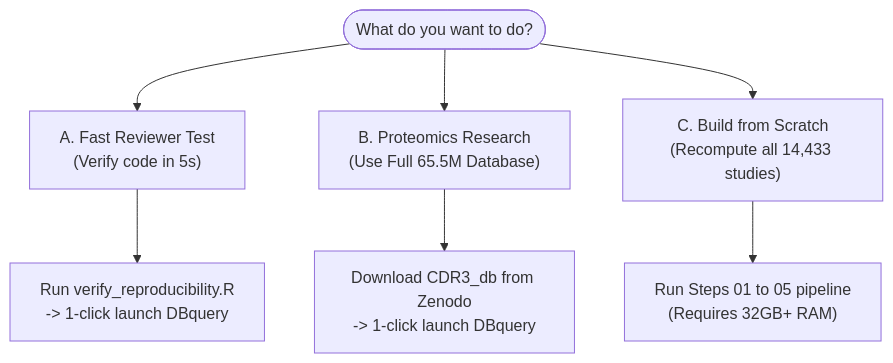
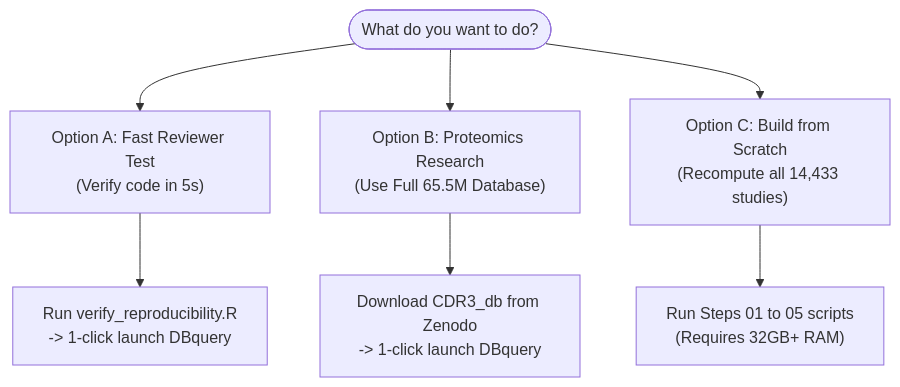
One commit to trinhxt/SDU_Immunoinformatics changed the second of 2 diagrams in Readme.md. Above: the diagram before and after it, drawn with Mermaid. The commit also changed other lines of this file, not shown here.

Commit message:
Simplify README: focus on build and usage, streamline sections per researcher review

````diff
--- a/Readme.md
+++ b/Readme.md
@@ -37,10 +29,10 @@
 ```mermaid
 graph TD
-    Start([What do you want to do?]) --> ChoiceA["A. Fast Reviewer Test<br/>(Verify code in 5s)"]
-    Start --> ChoiceB["B. Proteomics Research<br/>(Use Full 65.5M Database)"]
-    Start --> ChoiceC["C. Build from Scratch<br/>(Recompute all 14,433 studies)"]
+    Start([What do you want to do?]) --> ChoiceA["Option A: Fast Reviewer Test<br/>(Verify code in 5s)"]
+    Start --> ChoiceB["Option B: Proteomics Research<br/>(Use Full 65.5M Database)"]
+    Start --> ChoiceC["Option C: Build from Scratch<br/>(Recompute all 14,433 studies)"]
     
     ChoiceA --> ActA["Run verify_reproducibility.R<br/>-> 1-click launch DBquery"]
     ChoiceB --> ActB["Download CDR3_db from Zenodo<br/>-> 1-click launch DBquery"]
-    ChoiceC --> ActC["Run Steps 01 to 05 pipeline<br/>(Requires 32GB+ RAM)"]
+    ChoiceC --> ActC["Run Steps 01 to 05 scripts<br/>(Requires 32GB+ RAM)"]
 ```
````
